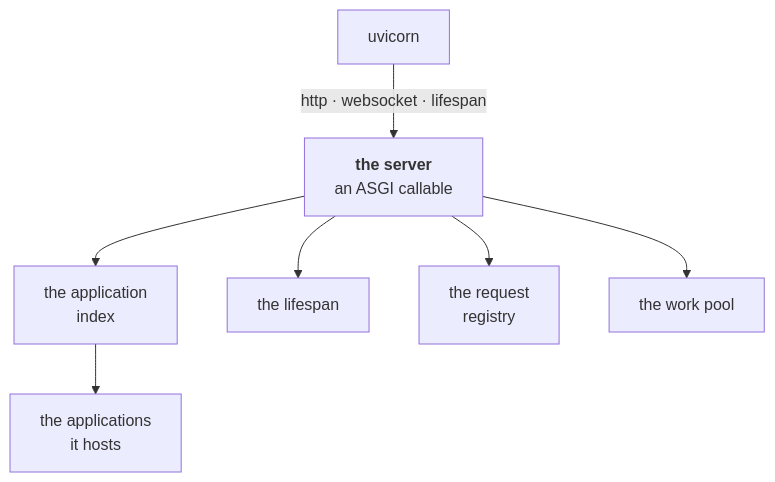
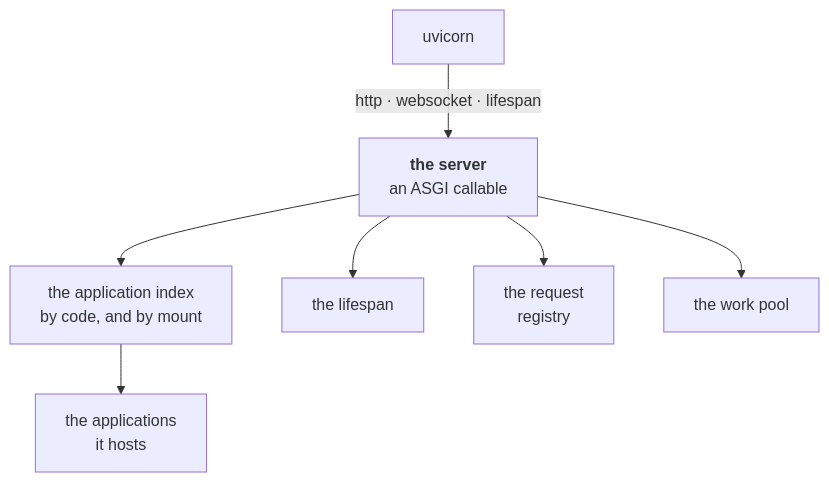
Before and after one commit to genropy/genro-asgi: the first of 2 diagrams in internals/10_server/010_server/README.md, drawn with Mermaid. The commit also changed other lines of this file and 2 other files, not shown here.

````diff
--- a/internals/10_server/010_server/README.md
+++ b/internals/10_server/010_server/README.md
@@ -36,9 +36,9 @@
 ```mermaid
 flowchart TB
     UV["uvicorn"] -->|"http · websocket · lifespan"| SRV["<b>the server</b><br/>an ASGI callable"]
-    SRV --> IDX["the application<br/>index"]
+    SRV --> IDX["the application index<br/>by code, and by mount"]
     SRV --> LS["the lifespan"]
     SRV --> RR["the request<br/>registry"]
     SRV --> WP["the work pool"]
     IDX --> A["the applications<br/>it hosts"]
 ```
````
